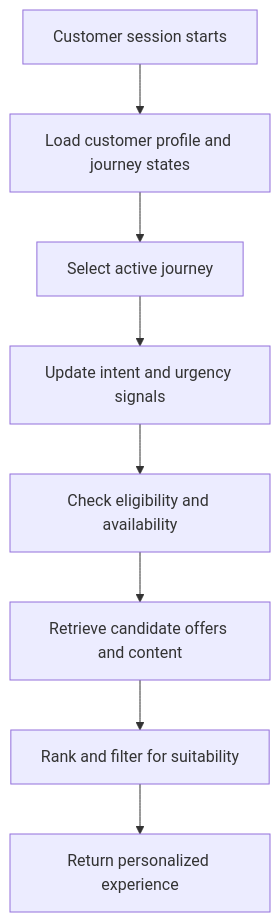
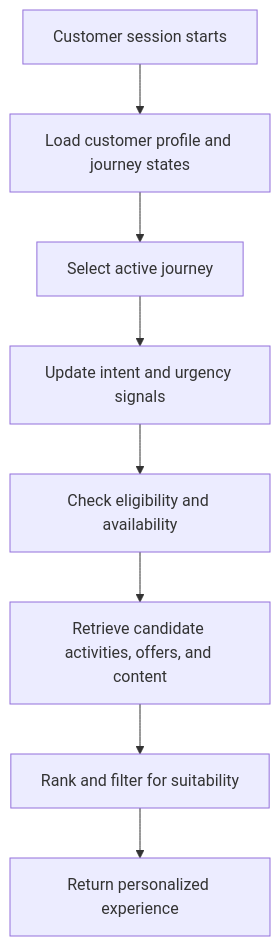
Before and after one commit to developerxnz/dynamic-lead-generation-personalization-architecture: the diagram in docs/architecture/04-system-architecture.md, drawn with Mermaid. The commit also changed other lines of this file and 24 other files, not shown here.

````diff
--- a/docs/architecture/04-system-architecture.md
+++ b/docs/architecture/04-system-architecture.md
@@ -107,10 +107,10 @@
 ```mermaid
 flowchart TD
     A[Customer session starts] --> B[Load customer profile and journey states]
     B --> C[Select active journey]
     C --> D[Update intent and urgency signals]
     D --> E[Check eligibility and availability]
-    E --> F[Retrieve candidate offers and content]
+    E --> F[Retrieve candidate activities, offers, and content]
     F --> G[Rank and filter for suitability]
     G --> H[Return personalized experience]
 ```
````
